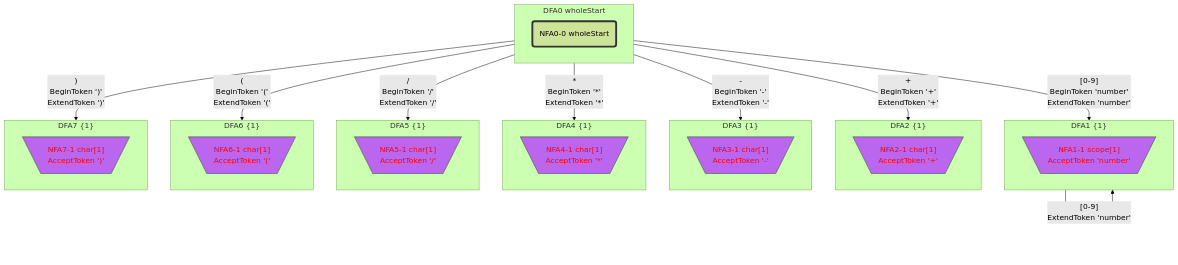
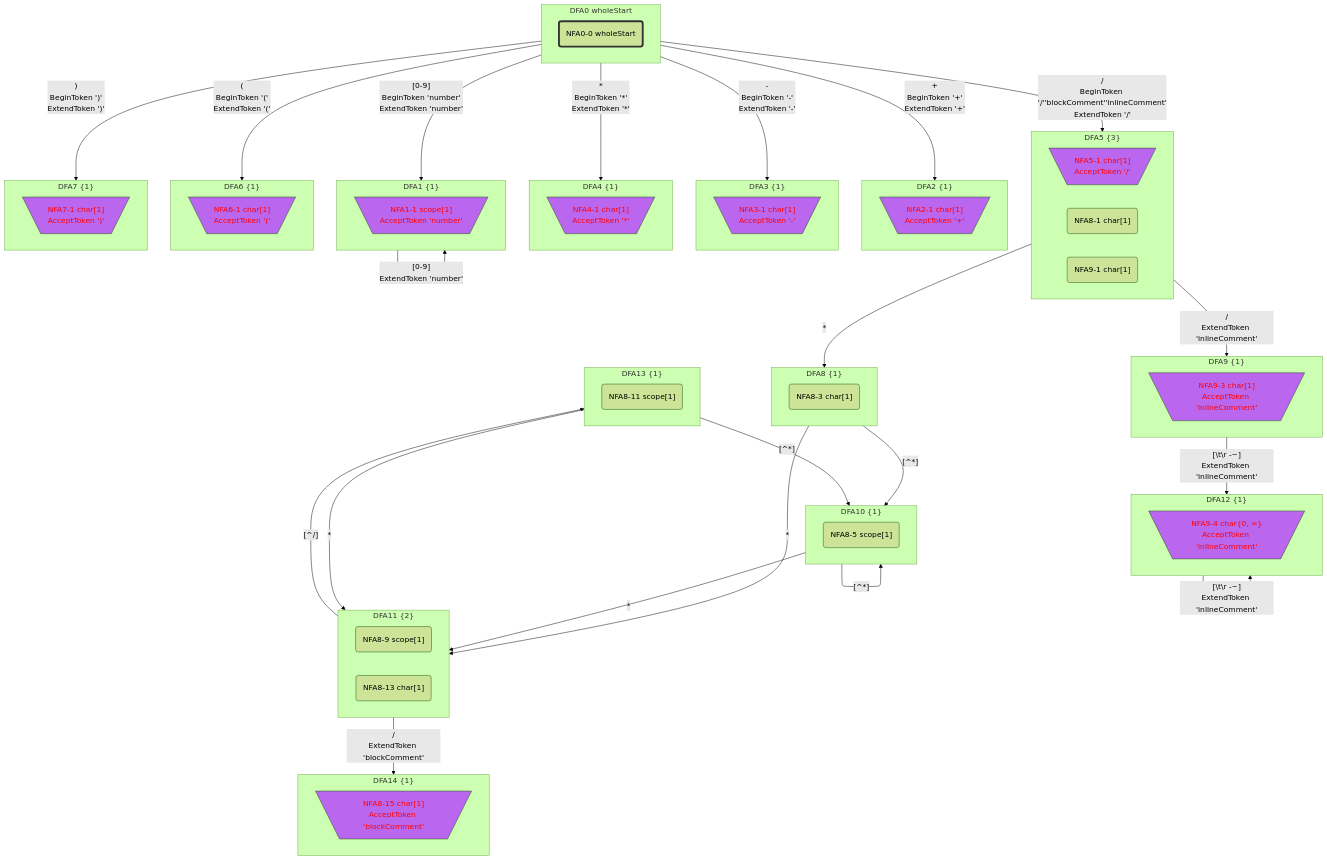
One commit to bitzhuwei/GrammarMentor changed the fourth of 7 diagrams in Practices/Practice.GeneratedXxxFormat.Test/GeneratedCalc/doc/LexicalStates.gen.md. Above: the diagram before and after it, drawn with Mermaid (forest theme). The commit also changed other lines of this file and 3868 other files, not shown here.

````diff
--- a/Practices/Practice.GeneratedXxxFormat.Test/GeneratedCalc/doc/LexicalStates.gen.md
+++ b/Practices/Practice.GeneratedXxxFormat.Test/GeneratedCalc/doc/LexicalStates.gen.md
@@ -628,74 +933,123 @@
 classDef c1101 stroke:#333,stroke-width:4px,fill:#BB66EE,color:#FF0000;
 classDef c1110 stroke:#333,stroke-width:4px,fill:#BB66EE,stroke-dasharray: 10 10;
 classDef c1111 stroke:#333,stroke-width:4px,fill:#BB66EE,stroke-dasharray: 10 10,color:#FF0000;
-subgraph DFA0_1371898302["DFA0 wholeStart"]
-NFA0_0_27773061_0("NFA0-0 wholeStart")
-class NFA0_0_27773061_0 c1000;
+subgraph DFA0_-466580192["DFA0 wholeStart"]
+NFA0_0_13862865_0("NFA0-0 wholeStart")
+class NFA0_0_13862865_0 c1000;
 end
-class DFA0_1371898302 c1000;
-subgraph DFA1_736285203["DFA1 {1}"]
-NFA1_1_47825138_1[\"NFA1-1 scope[1]
+class DFA0_-466580192 c1000;
+subgraph DFA1_-1093464317["DFA1 {1}"]
+NFA1_1_23909939_1[\"NFA1-1 scope[1]
 AcceptToken 'number'"/]
-class NFA1_1_47825138_1 c0101;
+class NFA1_1_23909939_1 c0101;
 end
-class DFA1_736285203 c0101;
-subgraph DFA2_24116860["DFA2 {1}"]
-NFA2_1_48630964_2[\"NFA2-1 char[1]
+class DFA1_-1093464317 c0101;
+subgraph DFA2_946815801["DFA2 {1}"]
+NFA2_1_57656925_2[\"NFA2-1 char[1]
 AcceptToken '+'"/]
-class NFA2_1_48630964_2 c0101;
+class NFA2_1_57656925_2 c0101;
 end
-class DFA2_24116860 c0101;
-subgraph DFA3_1215392932["DFA3 {1}"]
-NFA3_1_35025494_3[\"NFA3-1 char[1]
+class DFA2_946815801 c0101;
+subgraph DFA3_-1934379784["DFA3 {1}"]
+NFA3_1_49150280_3[\"NFA3-1 char[1]
 AcceptToken '-'"/]
-class NFA3_1_35025494_3 c0101;
+class NFA3_1_49150280_3 c0101;
 end
-class DFA3_1215392932 c0101;
-subgraph DFA4_-740876899["DFA4 {1}"]
-NFA4_1_46793998_4[\"NFA4-1 char[1]
+class DFA3_-1934379784 c0101;
+subgraph DFA4_344512846["DFA4 {1}"]
+NFA4_1_39699339_4[\"NFA4-1 char[1]
 AcceptToken '*'"/]
-class NFA4_1_46793998_4 c0101;
+class NFA4_1_39699339_4 c0101;
 end
-class DFA4_-740876899 c0101;
-subgraph DFA5_-2132989191["DFA5 {1}"]
-NFA5_1_18492804_5[\"NFA5-1 char[1]
+class DFA4_344512846 c0101;
+subgraph DFA5_-1207796552["DFA5 {3}"]
+NFA5_1_21749735_5[\"NFA5-1 char[1]
 AcceptToken '/'"/]
-class NFA5_1_18492804_5 c0101;
+class NFA5_1_21749735_5 c0101;
+NFA8_1_17865493_6("NFA8-1 char[1]")
+NFA9_1_26571712_7("NFA9-1 char[1]")
 end
-class DFA5_-2132989191 c0101;
-subgraph DFA6_-489194620["DFA6 {1}"]
-NFA6_1_32217513_6[\"NFA6-1 char[1]
+class DFA5_-1207796552 c0101;
+subgraph DFA6_-1232478392["DFA6 {1}"]
+NFA6_1_61529894_8[\"NFA6-1 char[1]
 AcceptToken '('"/]
-class NFA6_1_32217513_6 c0101;
+class NFA6_1_61529894_8 c0101;
 end
-class DFA6_-489194620 c0101;
-subgraph DFA7_431494236["DFA7 {1}"]
-NFA7_1_21522166_7[\"NFA7-1 char[1]
+class DFA6_-1232478392 c0101;
+subgraph DFA7_-1911608150["DFA7 {1}"]
+NFA7_1_16898135_9[\"NFA7-1 char[1]
 AcceptToken ')'"/]
-class NFA7_1_21522166_7 c0101;
+class NFA7_1_16898135_9 c0101;
 end
-class DFA7_431494236 c0101;
-DFA0_1371898302 -->|"[0-9]
+class DFA7_-1911608150 c0101;
+subgraph DFA8_-2126796951["DFA8 {1}"]
+NFA8_3_4825033_10("NFA8-3 char[1]")
+end
+subgraph DFA9_1544858617["DFA9 {1}"]
+NFA9_3_37818817_11[\"NFA9-3 char[1]
+AcceptToken 'inlineComment'"/]
+class NFA9_3_37818817_11 c0101;
+end
+class DFA9_1544858617 c0101;
+subgraph DFA10_1709820913["DFA10 {1}"]
+NFA8_5_55283354_12("NFA8-5 scope[1]")
+end
+subgraph DFA11_816023626["DFA11 {2}"]
+NFA8_9_43425297_13("NFA8-9 scope[1]")
+NFA8_13_27788141_14("NFA8-13 char[1]")
+end
+subgraph DFA12_1452258063["DFA12 {1}"]
+NFA9_4_48766684_15[\"NFA9-4 char{0, ∞}
+AcceptToken 'inlineComment'"/]
+class NFA9_4_48766684_15 c0101;
+end
+class DFA12_1452258063 c0101;
+subgraph DFA13_546524016["DFA13 {1}"]
+NFA8_11_57787318_16("NFA8-11 scope[1]")
+end
+subgraph DFA14_-1224855203["DFA14 {1}"]
+NFA8_15_36246974_17[\"NFA8-15 char[1]
+AcceptToken 'blockComment'"/]
+class NFA8_15_36246974_17 c0101;
+end
+class DFA14_-1224855203 c0101;
+DFA0_-466580192 -->|"[0-9]
 BeginToken 'number'
-ExtendToken 'number'"|DFA1_736285203
-DFA0_1371898302 -->|"+
+ExtendToken 'number'"|DFA1_-1093464317
+DFA0_-466580192 -->|"+
 BeginToken '+'
-ExtendToken '+'"|DFA2_24116860
-DFA0_1371898302 -->|"-
+ExtendToken '+'"|DFA2_946815801
+DFA0_-466580192 -->|"-
 BeginToken '-'
-ExtendToken '-'"|DFA3_1215392932
-DFA0_1371898302 -->|"*
+ExtendToken '-'"|DFA3_-1934379784
+DFA0_-466580192 -->|"*
 BeginToken '*'
-ExtendToken '*'"|DFA4_-740876899
-DFA0_1371898302 -->|"/
-BeginToken '/'
-ExtendToken '/'"|DFA5_-2132989191
-DFA0_1371898302 -->|"(
+ExtendToken '*'"|DFA4_344512846
+DFA0_-466580192 -->|"/
+BeginToken '/''blockComment''inlineComment'
+ExtendToken '/'"|DFA5_-1207796552
+DFA0_-466580192 -->|"(
 BeginToken '('
-ExtendToken '('"|DFA6_-489194620
-DFA0_1371898302 -->|")
+ExtendToken '('"|DFA6_-1232478392
+DFA0_-466580192 -->|")
 BeginToken ')'
-ExtendToken ')'"|DFA7_431494236
-DFA1_736285203 -->|"[0-9]
-ExtendToken 'number'"|DFA1_736285203
+ExtendToken ')'"|DFA7_-1911608150
+DFA1_-1093464317 -->|"[0-9]
+ExtendToken 'number'"|DFA1_-1093464317
+DFA5_-1207796552 -->|"*"|DFA8_-2126796951
+DFA5_-1207796552 -->|"/
+ExtendToken 'inlineComment'"|DFA9_1544858617
+DFA8_-2126796951 -->|"[^*]"|DFA10_1709820913
+DFA8_-2126796951 -->|"*"|DFA11_816023626
+DFA9_1544858617 -->|"[#92;t#92;r#32;-~]
+ExtendToken 'inlineComment'"|DFA12_1452258063
+DFA10_1709820913 -->|"[^*]"|DFA10_1709820913
+DFA10_1709820913 -->|"*"|DFA11_816023626
+DFA11_816023626 -->|"[^/]"|DFA13_546524016
+DFA11_816023626 -->|"/
+ExtendToken 'blockComment'"|DFA14_-1224855203
+DFA12_1452258063 -->|"[#92;t#92;r#32;-~]
+ExtendToken 'inlineComment'"|DFA12_1452258063
+DFA13_546524016 -->|"[^*]"|DFA10_1709820913
+DFA13_546524016 -->|"*"|DFA11_816023626
 ```
````
